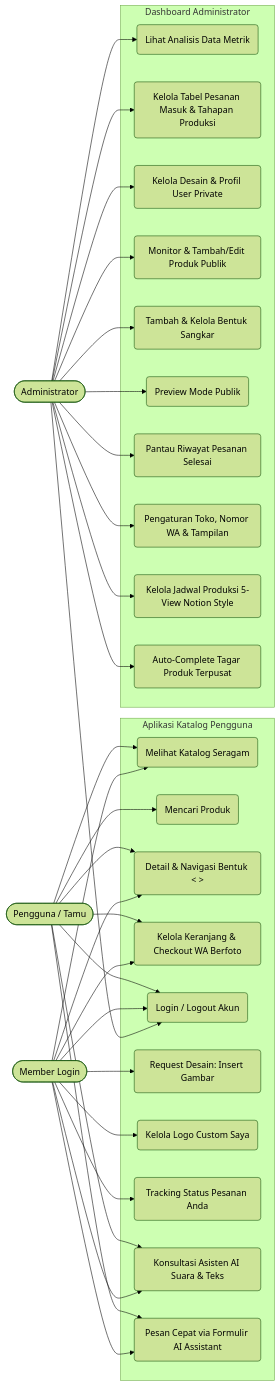
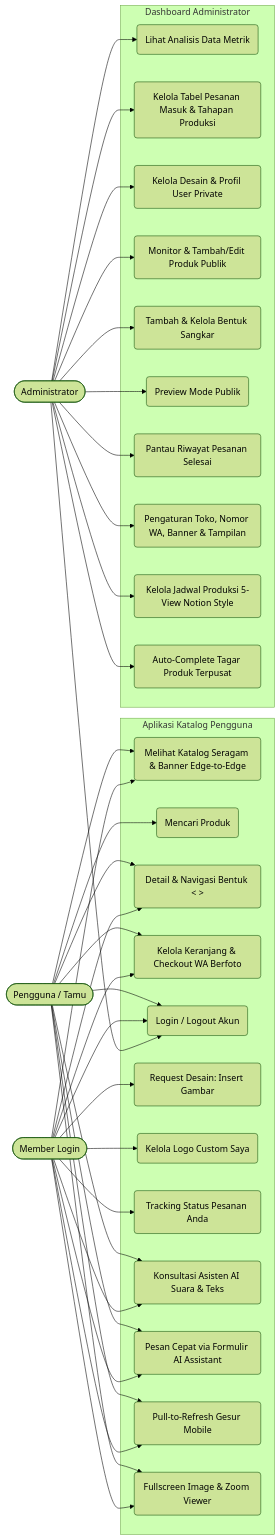
The first of 2 diagrams in dokumen/planing/spesifikasi_projek.md (Dav2257/katalog), drawn with Mermaid (forest theme) before and after one commit. The commit also changed other lines of this file and 6 other files, not shown here.

````diff
--- a/dokumen/planing/spesifikasi_projek.md
+++ b/dokumen/planing/spesifikasi_projek.md
@@ -71,62 +78,68 @@
 ```mermaid
 flowchart LR
     User([Pengguna / Tamu])
     Member([Member Login])
     Admin([Administrator])
 
     subgraph Aplikasi Katalog Pengguna
-        UC1(Melihat Katalog Seragam)
+        UC1(Melihat Katalog Seragam & Banner Edge-to-Edge)
         UC2(Mencari Produk)
         UC3(Detail & Navigasi Bentuk < >)
         UC4(Kelola Keranjang & Checkout WA Berfoto)
         UC5(Login / Logout Akun)
         UC6(Request Desain: Insert Gambar)
         UC7(Kelola Logo Custom Saya)
         UC8(Tracking Status Pesanan Anda)
         UC19(Konsultasi Asisten AI Suara & Teks)
         UC20(Pesan Cepat via Formulir AI Assistant)
+        UC21(Pull-to-Refresh Gesur Mobile)
+        UC22(Fullscreen Image & Zoom Viewer)
     end
 
     subgraph Dashboard Administrator
         UC9(Lihat Analisis Data Metrik)
         UC10(Kelola Tabel Pesanan Masuk & Tahapan Produksi)
         UC11(Kelola Desain & Profil User Private)
         UC12(Monitor & Tambah/Edit Produk Publik)
         UC13(Tambah & Kelola Bentuk Sangkar)
         UC14(Preview Mode Publik)
         UC15(Pantau Riwayat Pesanan Selesai)
-        UC16(Pengaturan Toko, Nomor WA & Tampilan)
+        UC16(Pengaturan Toko, Nomor WA, Banner & Tampilan)
         UC17(Kelola Jadwal Produksi 5-View Notion Style)
         UC18(Auto-Complete Tagar Produk Terpusat)
     end
 
     User --> UC1
     User --> UC2
     User --> UC3
     User --> UC4
     User --> UC5
     User --> UC19
     User --> UC20
+    User --> UC21
+    User --> UC22
 
     Member --> UC1
     Member --> UC3
     Member --> UC4
     Member --> UC5
     Member --> UC6
     Member --> UC7
     Member --> UC8
     Member --> UC19
     Member --> UC20
+    Member --> UC21
+    Member --> UC22
 
     Admin --> UC5
     Admin --> UC9
     Admin --> UC10
     Admin --> UC11
     Admin --> UC12
     Admin --> UC13
     Admin --> UC14
     Admin --> UC15
     Admin --> UC16
     Admin --> UC17
     Admin --> UC18
 ```
````
